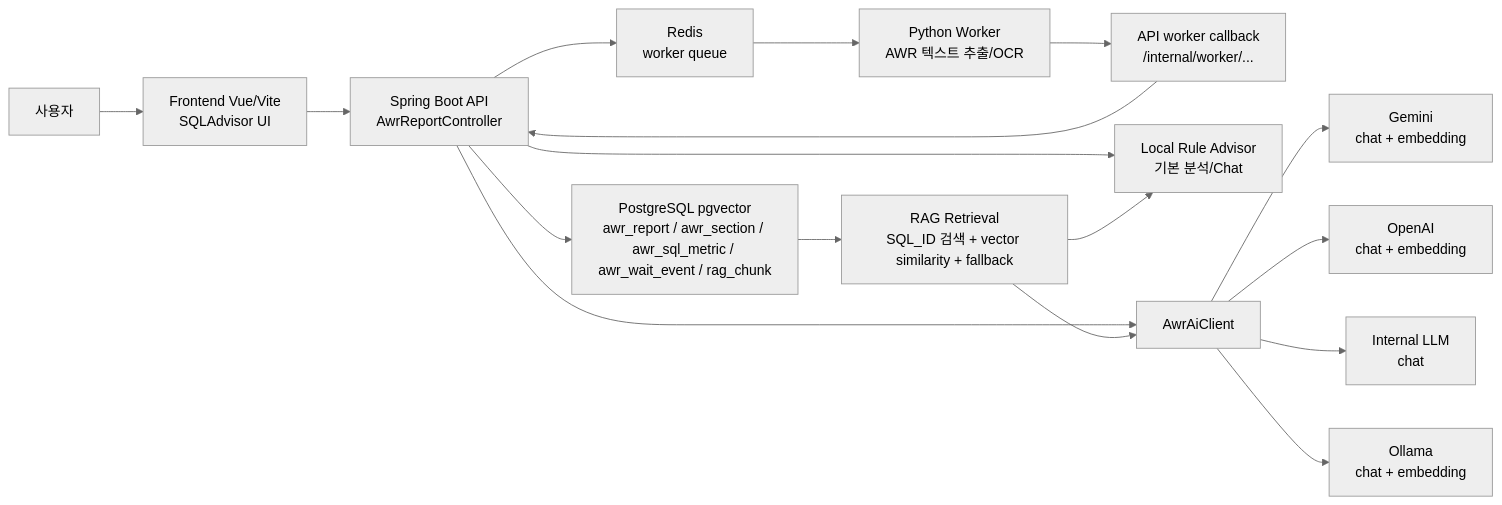
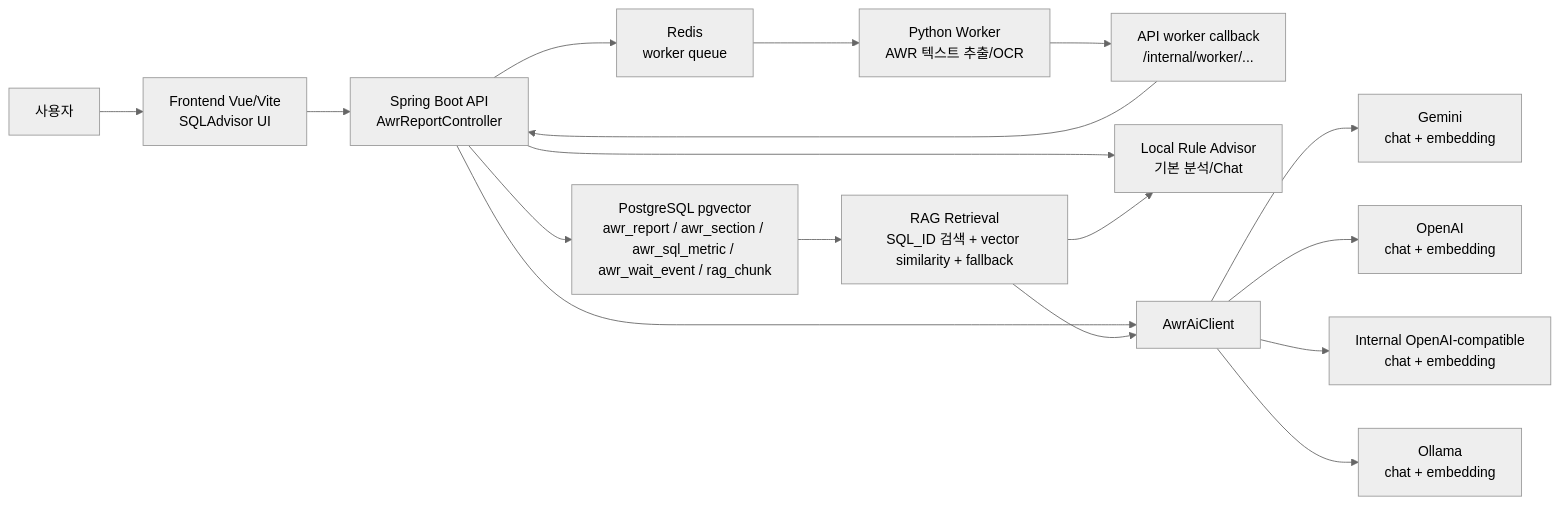
The first of 3 diagrams in RAG_ARCHITECTURE.md (DBInc-LifeInsuranceTeam-ITO/SQL-Advisor), drawn with Mermaid (neutral theme) before and after one commit. The commit also changed other lines of this file and 12 other files, not shown here.

````diff
--- a/RAG_ARCHITECTURE.md
+++ b/RAG_ARCHITECTURE.md
@@ -23,22 +23,22 @@
 ```mermaid
 flowchart LR
   User["사용자"] --> Web["Frontend Vue/Vite\nSQLAdvisor UI"]
   Web --> Api["Spring Boot API\nAwrReportController"]
 
   Api --> Pg["PostgreSQL pgvector\nawr_report / awr_section / awr_sql_metric / awr_wait_event / rag_chunk"]
   Api --> Redis["Redis\nworker queue"]
   Redis --> Worker["Python Worker\nAWR 텍스트 추출/OCR"]
   Worker --> ApiCallback["API worker callback\n/internal/worker/..."]
   ApiCallback --> Api
 
   Api --> LocalAdvisor["Local Rule Advisor\n기본 분석/Chat"]
   Api --> AiClient["AwrAiClient"]
   AiClient --> Gemini["Gemini\nchat + embedding"]
   AiClient --> OpenAI["OpenAI\nchat + embedding"]
-  AiClient --> InternalLlm["Internal LLM\nchat"]
+  AiClient --> InternalLlm["Internal OpenAI-compatible\nchat + embedding"]
   AiClient --> Ollama["Ollama\nchat + embedding"]
 
   Pg --> Rag["RAG Retrieval\nSQL_ID 검색 + vector similarity + fallback"]
   Rag --> LocalAdvisor
   Rag --> AiClient
 ```
````
